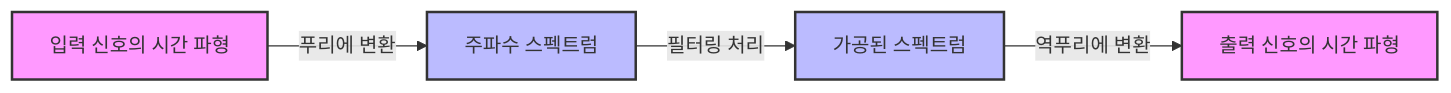
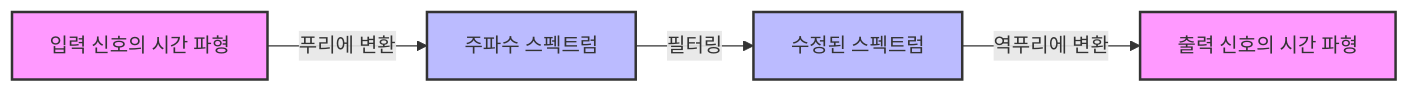
Before and after one commit to kenjinote/blog: the diagram in content/post/fourier-series-and-transform/index.ko.md, drawn with Mermaid. The commit also changed other lines of this file and 6 other files, not shown here.

````diff
--- a/content/post/fourier-series-and-transform/index.ko.md
+++ b/content/post/fourier-series-and-transform/index.ko.md
@@ -80,12 +93,11 @@
 ```mermaid
 flowchart LR
     A["입력 신호의 시간 파형"] -->|"푸리에 변환"| B["주파수 스펙트럼"]
-    B -->|"필터링 처리"| C["가공된 스펙트럼"]
+    B -->|"필터링"| C["수정된 스펙트럼"]
     C -->|"역푸리에 변환"| D["출력 신호의 시간 파형"]
-    
-    %% 노드 스타일링
+
     style A fill:#f9f,stroke:#333,stroke-width:2px
     style B fill:#bbf,stroke:#333,stroke-width:2px
     style C fill:#bbf,stroke:#333,stroke-width:2px
     style D fill:#f9f,stroke:#333,stroke-width:2px
 ```
````
